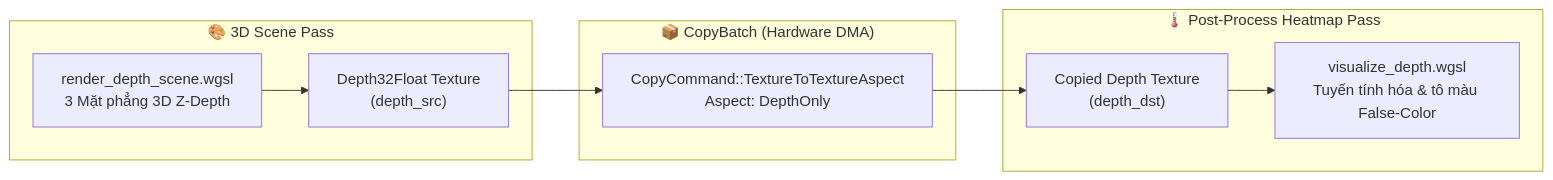
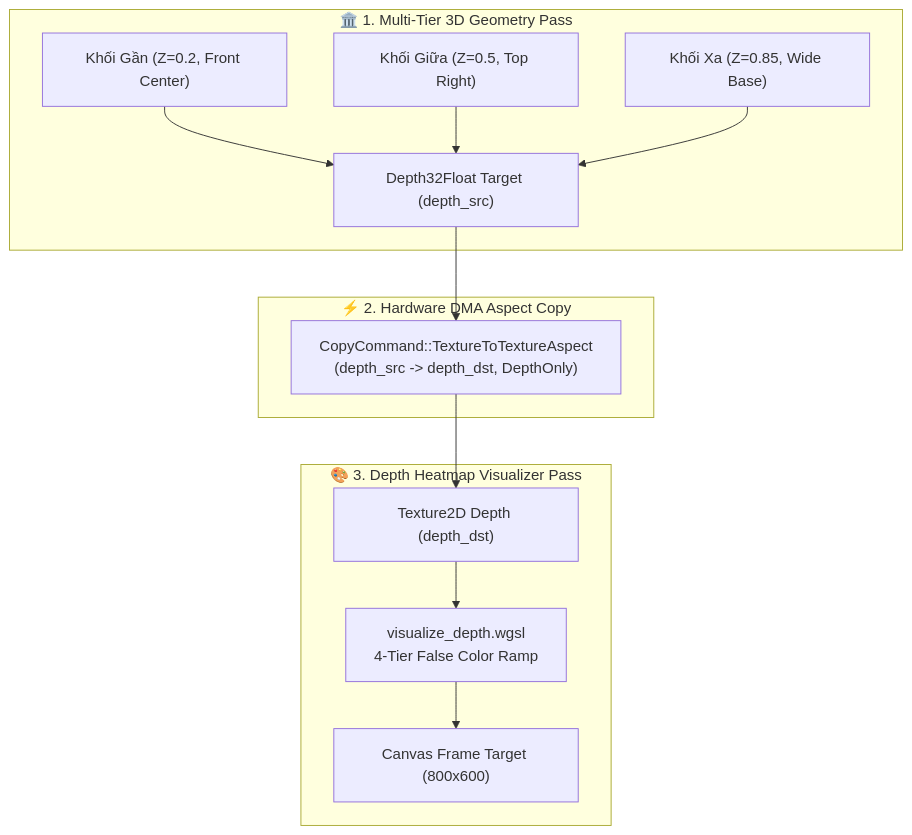
The diagram in crates/ifol-gpu/tests/reports/tc103_depth_aspect_copy_report.md (danphong23/ifol-animation), drawn with Mermaid before and after one commit. The commit also changed other lines of this file and 50 other files, not shown here.

````diff
--- a/crates/ifol-gpu/tests/reports/tc103_depth_aspect_copy_report.md
+++ b/crates/ifol-gpu/tests/reports/tc103_depth_aspect_copy_report.md
@@ -23,20 +22,28 @@
 ```mermaid
-flowchart LR
-    subgraph Scene_Pass["🎨 3D Scene Pass"]
-        MESH["render_depth_scene.wgsl<br/>3 Mặt phẳng 3D Z-Depth"]
-        DEPTH_SRC["Depth32Float Texture<br/>(depth_src)"]
-        MESH --> DEPTH_SRC
+flowchart TD
+    subgraph Scene_3D["🏛️ 1. Multi-Tier 3D Geometry Pass"]
+        NEAR["Khối Gần (Z=0.2, Front Center)"]
+        MID["Khối Giữa (Z=0.5, Top Right)"]
+        FAR["Khối Xa (Z=0.85, Wide Base)"]
+        DEPTH_TEX["Depth32Float Target (depth_src)"]
+        
+        NEAR --> DEPTH_TEX
+        MID --> DEPTH_TEX
+        FAR --> DEPTH_TEX
     end
 
-    subgraph DMA_Aspect["📦 CopyBatch (Hardware DMA)"]
-        DMA["CopyCommand::TextureToTextureAspect<br/>Aspect: DepthOnly"]
-        DEPTH_SRC --> DMA
+    subgraph DMA_Aspect["⚡ 2. Hardware DMA Aspect Copy"]
+        DMA["CopyCommand::TextureToTextureAspect<br/>(depth_src -> depth_dst, DepthOnly)"]
+        DEPTH_TEX --> DMA
     end
 
-    subgraph Post_Process["🌡️ Post-Process Heatmap Pass"]
-        DEPTH_DST["Copied Depth Texture<br/>(depth_dst)"]
-        HEATMAP["visualize_depth.wgsl<br/>Tuyến tính hóa & tô màu False-Color"]
+    subgraph Post_Process["🎨 3. Depth Heatmap Visualizer Pass"]
+        DEPTH_DST["Texture2D Depth (depth_dst)"]
+        VIS_SHADER["visualize_depth.wgsl<br/>4-Tier False Color Ramp"]
+        FINAL_CANVAS["Canvas Frame Target (800x600)"]
+        
         DMA --> DEPTH_DST
-        DEPTH_DST --> HEATMAP
+        DEPTH_DST --> VIS_SHADER
+        VIS_SHADER --> FINAL_CANVAS
     end
 ```
````
